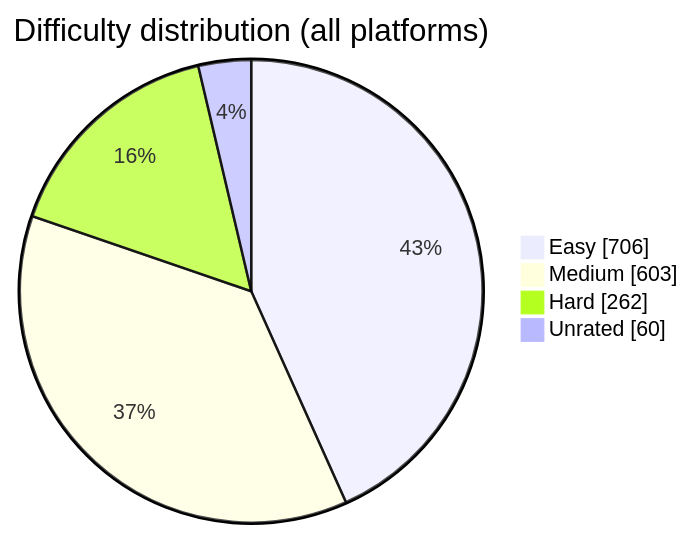
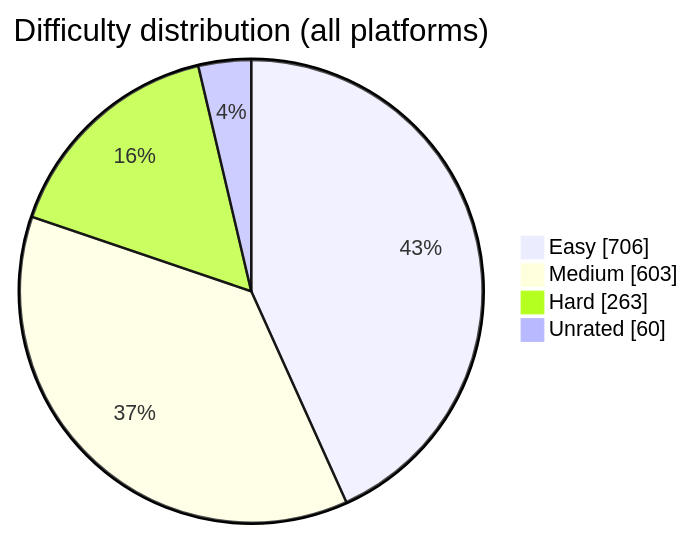
Before and after one commit to BuildbyArindam/Daily-Coding-Log: the diagram in README.md, drawn with Mermaid. The commit also changed other lines of this file, not shown here.

````diff
--- a/README.md
+++ b/README.md
@@ -93,7 +93,7 @@
 ```mermaid
 pie showData title Difficulty distribution (all platforms)
     "Easy" : 706
     "Medium" : 603
-    "Hard" : 262
+    "Hard" : 263
     "Unrated" : 60
 ```
````
